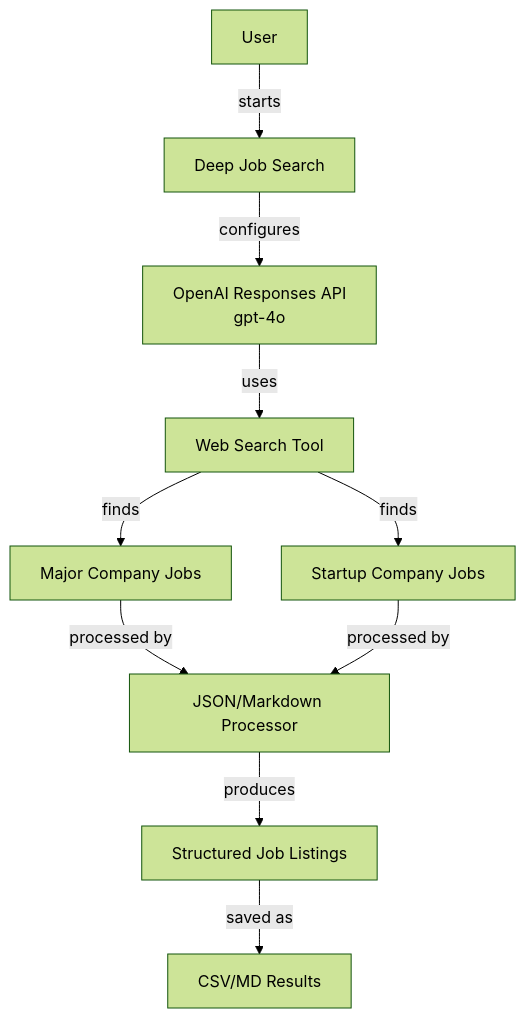
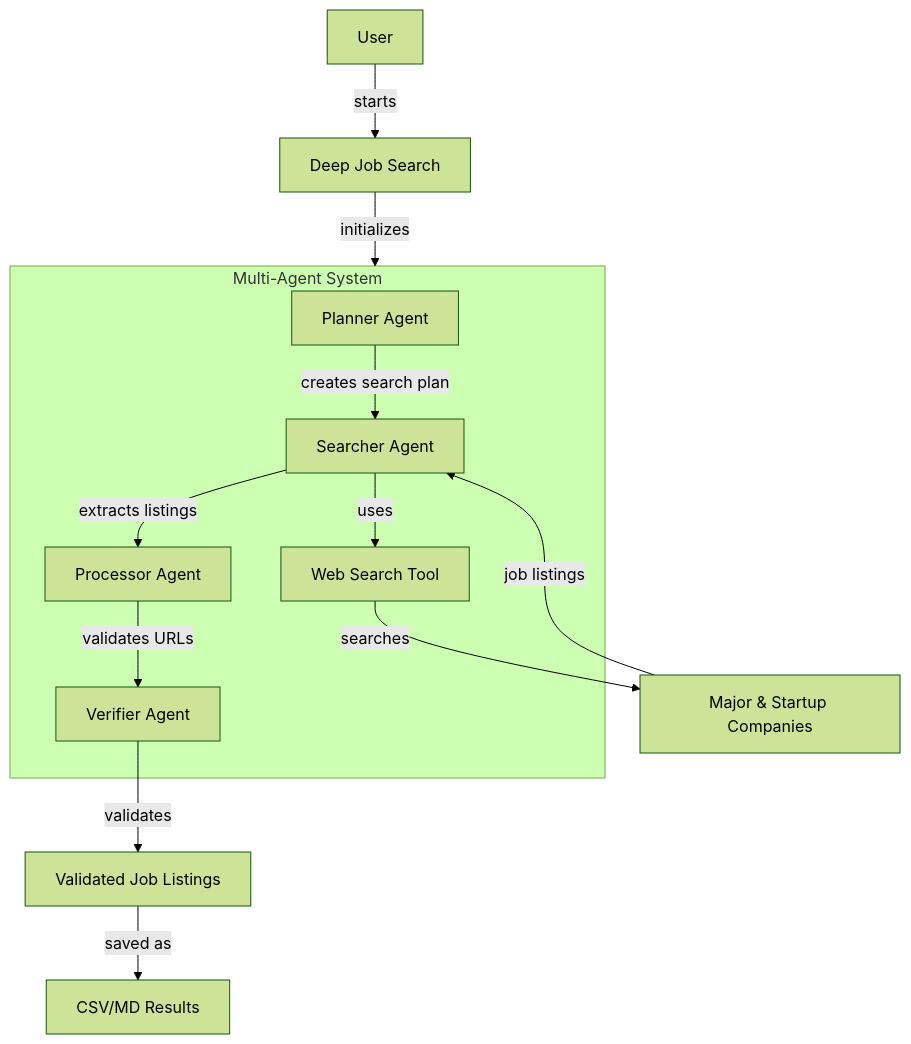
Before and after one commit to krzemienski/djs-agents: the diagram in README.md, drawn with Mermaid (forest theme). The commit also changed other lines of this file and 10 other files, not shown here.

````diff
--- a/README.md
+++ b/README.md
@@ -109,12 +218,18 @@
 ```mermaid
 graph TD
     User[User] --> |starts| DeepJobSearch[Deep Job Search]
-    DeepJobSearch --> |configures| ResponsesAPI[OpenAI Responses API\ngpt-4o]
-    ResponsesAPI --> |uses| WebSearchTool[Web Search Tool]
-    WebSearchTool --> |finds| MajorJobs[Major Company Jobs]
-    WebSearchTool --> |finds| StartupJobs[Startup Company Jobs]
-    MajorJobs --> |processed by| JobProcessor[JSON/Markdown Processor]
-    StartupJobs --> |processed by| JobProcessor
-    JobProcessor --> |produces| JobListings[Structured Job Listings]
+    DeepJobSearch --> |initializes| AgentSystem[Multi-Agent System]
+
+    %% Agent definitions
+    subgraph AgentSystem[Multi-Agent System]
+        Planner[Planner Agent] --> |creates search plan| Searcher[Searcher Agent]
+        Searcher --> |uses| WebSearchTool[Web Search Tool]
+        Searcher --> |extracts listings| Processor[Processor Agent]
+        Processor --> |validates URLs| Verifier[Verifier Agent]
+    end
+
+    WebSearchTool --> |searches| Companies[Major & Startup Companies]
+    Companies --> |job listings| Searcher
+    Verifier --> |validates| JobListings[Validated Job Listings]
     JobListings --> |saved as| Results[CSV/MD Results]
 ```
````
